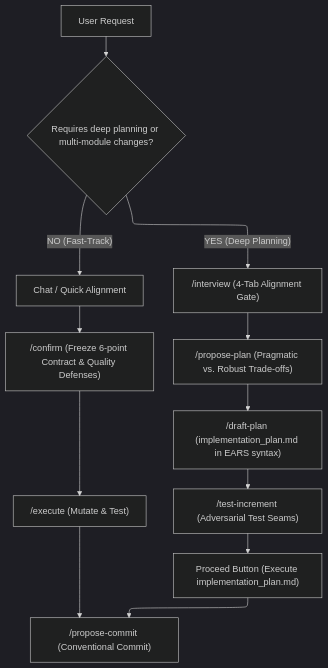
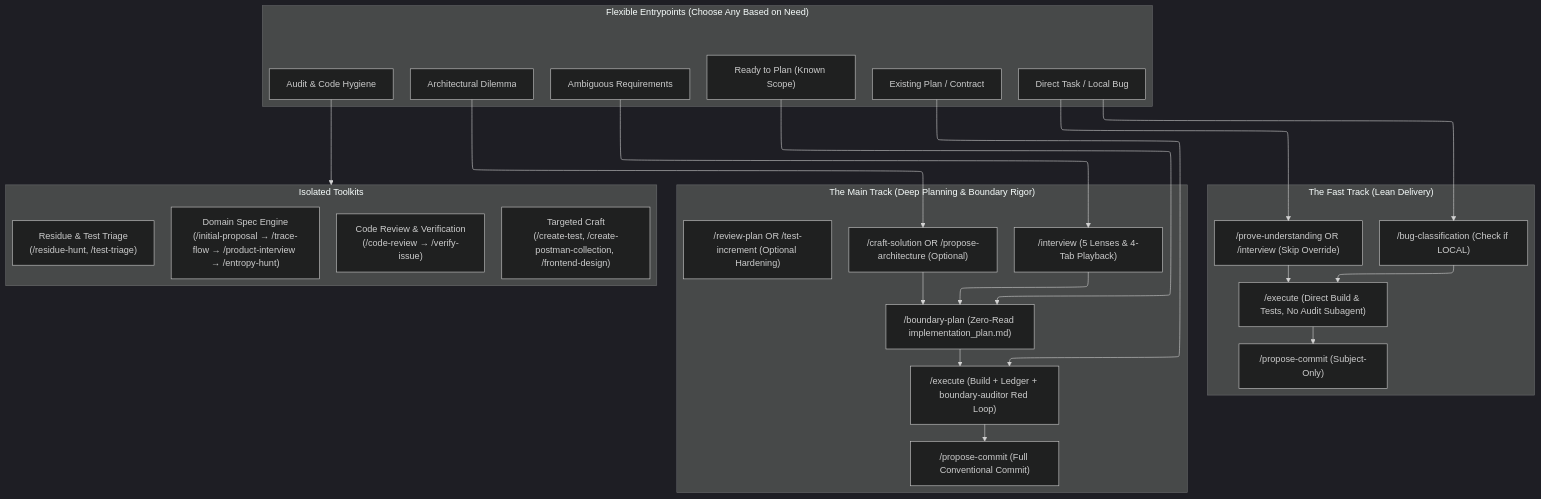
The diagram in README.md (Hoang604/get-thing-done), drawn with Mermaid (dark theme) before and after one commit. The commit also changed other lines of this file, not shown here.

Commit message:
docs: update README with decoupled architecture and active skills

````diff
--- a/README.md
+++ b/README.md
@@ -28,19 +33,43 @@
 ```mermaid
 %%{init: {"flowchart": {"defaultRenderer": "elk"}}}%%
 flowchart TD
-    Start["User Request"] --> Decision{"Requires deep planning or multi-module changes?"}
-    
-    %% Track 1: Fast-Track
-    Decision -- "NO (Fast-Track)" --> F1["Chat / Quick Alignment"]
-    F1 --> F2["/confirm (Freeze 6-point Contract & Quality Defenses)"]
-    F2 --> F3["/execute (Mutate & Test)"]
-    F3 --> F4["/propose-commit (Conventional Commit)"]
-    
-    %% Track 2: Deep Architecture
-    Decision -- "YES (Deep Planning)" --> D1["/interview (4-Tab Alignment Gate)"]
-    D1 --> D2["/propose-plan (Pragmatic vs. Robust Trade-offs)"]
-    D2 --> D3["/draft-plan (implementation_plan.md in EARS syntax)"]
-    D3 --> D4["/test-increment (Adversarial Test Seams)"]
-    D4 --> D5["Proceed Button (Execute implementation_plan.md)"]
-    D5 --> F4
+    subgraph Entrypoints["Flexible Entrypoints (Choose Any Based on Need)"]
+        E1["Direct Task / Local Bug"]
+        E2["Ambiguous Requirements"]
+        E3["Architectural Dilemma"]
+        E4["Ready to Plan (Known Scope)"]
+        E5["Existing Plan / Contract"]
+        E6["Audit & Code Hygiene"]
+    end
+
+    subgraph FastTrack["The Fast Track (Lean Delivery)"]
+        F1["/prove-understanding OR /interview (Skip Override)"]
+        F2["/bug-classification (Check if LOCAL)"]
+        F3["/execute (Direct Build & Tests, No Audit Subagent)"]
+        F4["/propose-commit (Subject-Only)"]
+    end
+
+    subgraph MainTrack["The Main Track (Deep Planning & Boundary Rigor)"]
+        M1["/interview (5 Lenses & 4-Tab Playback)"]
+        M2["/craft-solution OR /propose-architecture (Optional)"]
+        M3["/boundary-plan (Zero-Read implementation_plan.md)"]
+        M4["/review-plan OR /test-increment (Optional Hardening)"]
+        M5["/execute (Build + Ledger + boundary-auditor Red Loop)"]
+        M6["/propose-commit (Full Conventional Commit)"]
+    end
+
+    subgraph Standalone["Isolated Toolkits"]
+        S_Spec["Domain Spec Engine<br/>(/initial-proposal → /trace-flow → /product-interview → /entropy-hunt)"]
+        S_Rev["Code Review & Verification<br/>(/code-review → /verify-issue)"]
+        S_Debt["Residue & Test Triage<br/>(/residue-hunt, /test-triage)"]
+        S_Craft["Targeted Craft<br/>(/create-test, /create-postman-collection, /frontend-design)"]
+    end
+
+    E1 --> F2 --> F3 --> F4
+    E1 --> F1 --> F3
+    E2 --> M1 --> M3
+    E3 --> M2 --> M3
+    E4 --> M3 --> M5 --> M6
+    E5 --> M5
+    E6 --> Standalone
 ```
````
